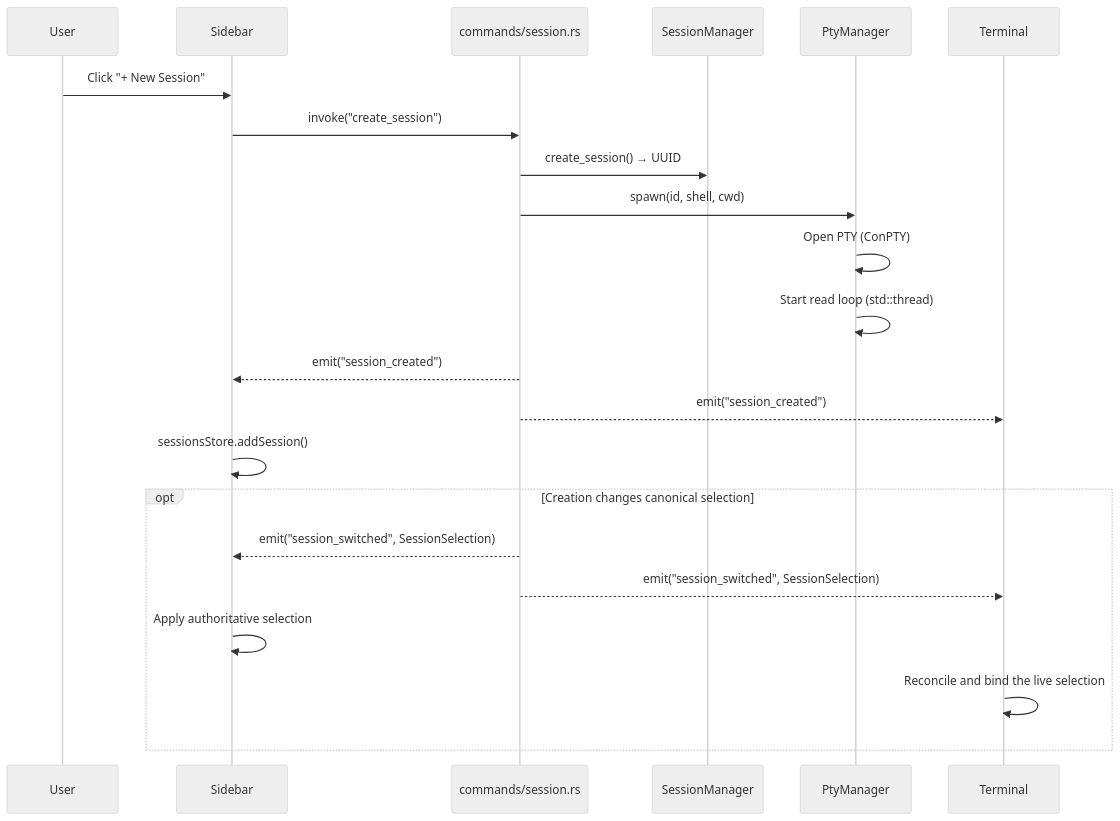
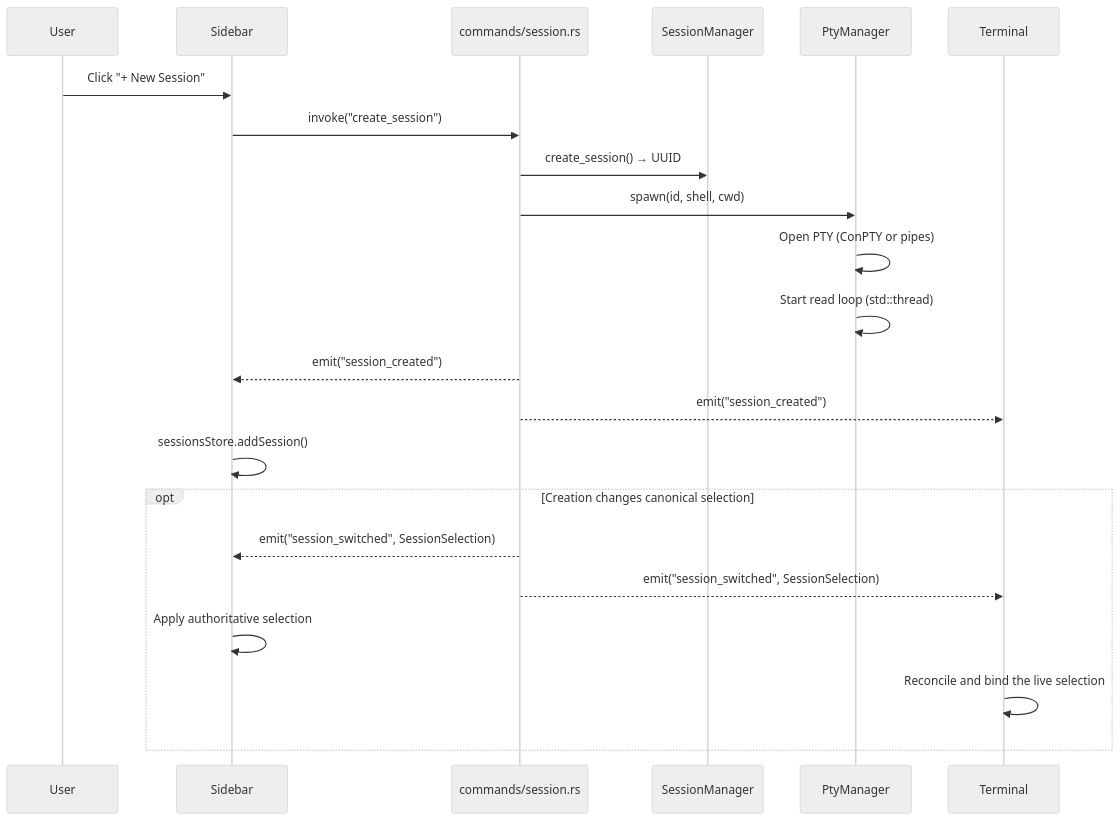
Before and after one commit to mblua/AgentsCommander: the seventh of 14 diagrams in docs/reference/architecture.md, drawn with Mermaid (neutral theme). The commit also changed other lines of this file, not shown here.

First line of the commit message:
docs(1320): rewrite architecture map against current 0.20.x codebase

````diff
--- a/docs/reference/architecture.md
+++ b/docs/reference/architecture.md
@@ -443,25 +479,25 @@
 ```mermaid
 sequenceDiagram
     participant U as User
     participant SB as Sidebar
     participant CMD as commands/session.rs
     participant SM as SessionManager
     participant PM as PtyManager
     participant TM as Terminal
 
     U->>SB: Click "+ New Session"
     SB->>CMD: invoke("create_session")
     CMD->>SM: create_session() → UUID
     CMD->>PM: spawn(id, shell, cwd)
-    PM->>PM: Open PTY (ConPTY)
+    PM->>PM: Open PTY (ConPTY or pipes)
     PM->>PM: Start read loop (std::thread)
     CMD-->>SB: emit("session_created")
     CMD-->>TM: emit("session_created")
     SB->>SB: sessionsStore.addSession()
     opt Creation changes canonical selection
         CMD-->>SB: emit("session_switched", SessionSelection)
         CMD-->>TM: emit("session_switched", SessionSelection)
         SB->>SB: Apply authoritative selection
         TM->>TM: Reconcile and bind the live selection
     end
 ```
````
